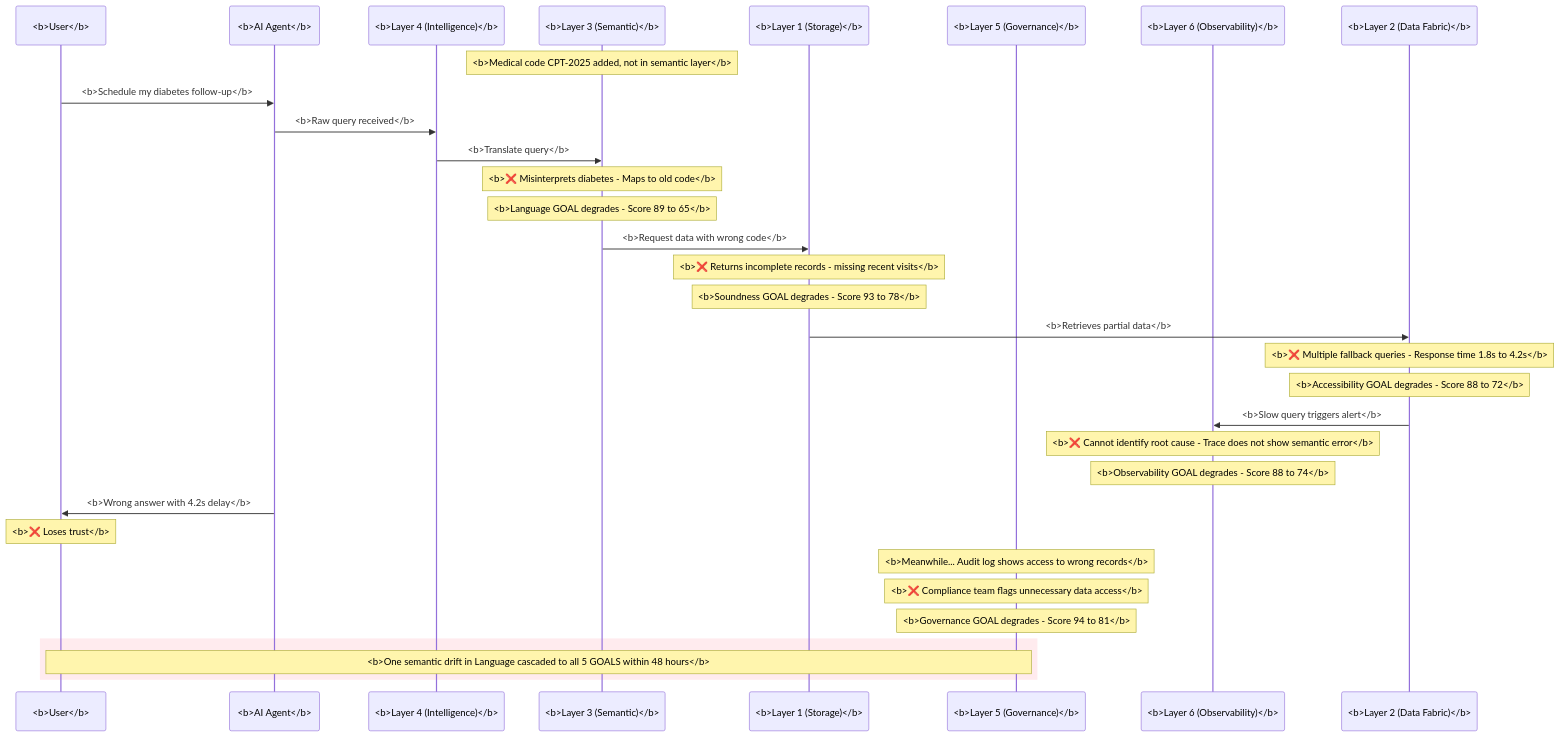
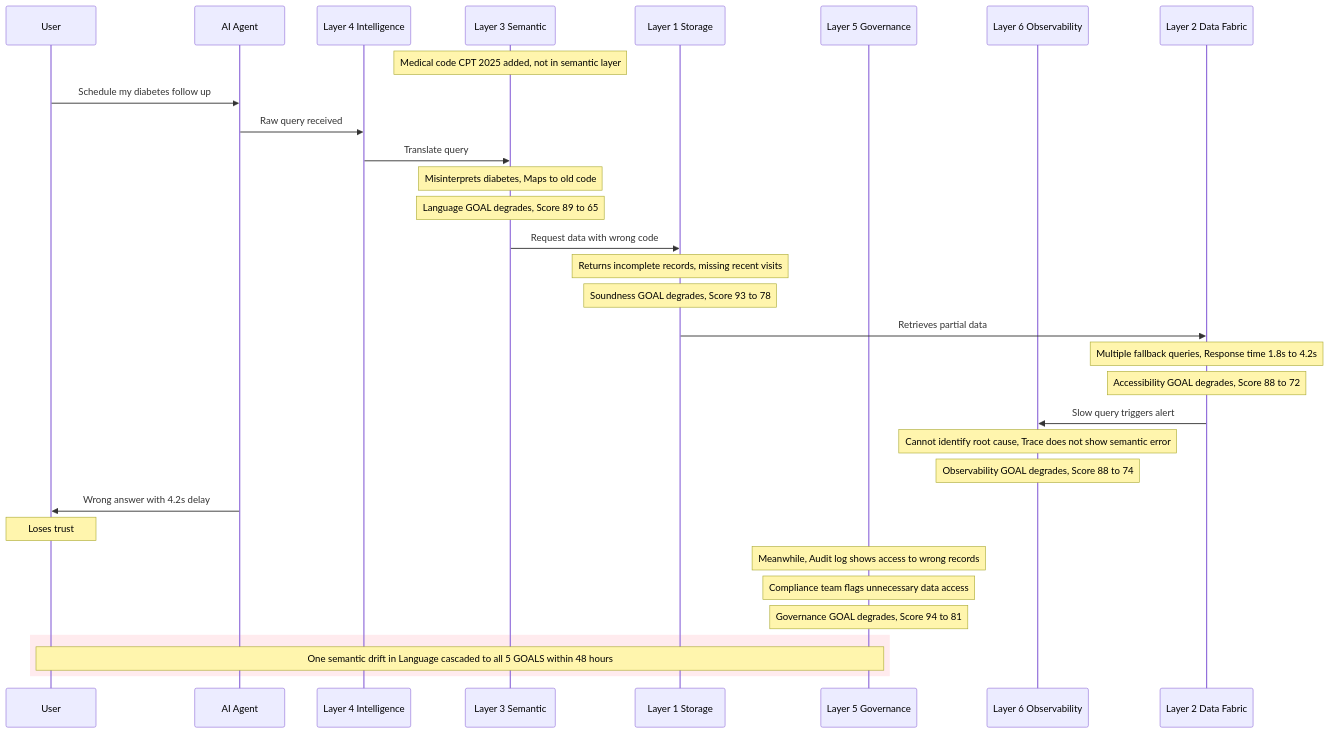
One commit to colaberry/enterprise-data-readiness-ai-agents changed the tenth of 11 diagrams in chapter-02/chapter_2_complete.md. Above: the diagram before and after it, drawn with Mermaid. The commit also changed other lines of this file, not shown here.

Commit message:
diagram 10 fixed
diagram 10 fixed

````diff
--- a/chapter-02/chapter_2_complete.md
+++ b/chapter-02/chapter_2_complete.md
@@ -1548,42 +1548,42 @@
 ```mermaid
 sequenceDiagram
-    participant U as <b>User</b>
-    participant Agent as <b>AI Agent</b>
-    participant L4 as <b>Layer 4 (Intelligence)</b>
-    participant L3 as <b>Layer 3 (Semantic)</b>
-    participant L1 as <b>Layer 1 (Storage)</b>
-    participant L5 as <b>Layer 5 (Governance)</b>
-    participant L6 as <b>Layer 6 (Observability)</b>
-    participant L2 as <b>Layer 2 (Data Fabric)</b>
+    participant U as User
+    participant Agent as AI Agent
+    participant L4 as Layer 4 Intelligence
+    participant L3 as Layer 3 Semantic
+    participant L1 as Layer 1 Storage
+    participant L5 as Layer 5 Governance
+    participant L6 as Layer 6 Observability
+    participant L2 as Layer 2 Data Fabric
     
-    Note over L3: <b>Medical code CPT-2025 added, not in semantic layer</b>
+    Note over L3: Medical code CPT 2025 added, not in semantic layer
     
-    U->>Agent: <b>Schedule my diabetes follow-up</b>
-    Agent->>L4: <b>Raw query received</b>
-    L4->>L3: <b>Translate query</b>
-    Note over L3: <b>❌ Misinterprets diabetes - Maps to old code</b>
-    Note over L3: <b>Language GOAL degrades - Score 89 to 65</b>
+    U->>Agent: Schedule my diabetes follow up
+    Agent->>L4: Raw query received
+    L4->>L3: Translate query
+    Note over L3: Misinterprets diabetes, Maps to old code
+    Note over L3: Language GOAL degrades, Score 89 to 65
     
-    L3->>L1: <b>Request data with wrong code</b>
-    Note over L1: <b>❌ Returns incomplete records - missing recent visits</b>
-    Note over L1: <b>Soundness GOAL degrades - Score 93 to 78</b>
+    L3->>L1: Request data with wrong code
+    Note over L1: Returns incomplete records, missing recent visits
+    Note over L1: Soundness GOAL degrades, Score 93 to 78
     
-    L1->>L2: <b>Retrieves partial data</b>
-    Note over L2: <b>❌ Multiple fallback queries - Response time 1.8s to 4.2s</b>
-    Note over L2: <b>Accessibility GOAL degrades - Score 88 to 72</b>
+    L1->>L2: Retrieves partial data
+    Note over L2: Multiple fallback queries, Response time 1.8s to 4.2s
+    Note over L2: Accessibility GOAL degrades, Score 88 to 72
     
-    L2->>L6: <b>Slow query triggers alert</b>
-    Note over L6: <b>❌ Cannot identify root cause - Trace does not show semantic error</b>
-    Note over L6: <b>Observability GOAL degrades - Score 88 to 74</b>
+    L2->>L6: Slow query triggers alert
+    Note over L6: Cannot identify root cause, Trace does not show semantic error
+    Note over L6: Observability GOAL degrades, Score 88 to 74
     
-    Agent->>U: <b>Wrong answer with 4.2s delay</b>
-    Note over U: <b>❌ Loses trust</b>
+    Agent->>U: Wrong answer with 4.2s delay
+    Note over U: Loses trust
     
-    Note over L5: <b>Meanwhile... Audit log shows access to wrong records</b>
-    Note over L5: <b>❌ Compliance team flags unnecessary data access</b>
-    Note over L5: <b>Governance GOAL degrades - Score 94 to 81</b>
+    Note over L5: Meanwhile, Audit log shows access to wrong records
+    Note over L5: Compliance team flags unnecessary data access
+    Note over L5: Governance GOAL degrades, Score 94 to 81
     
     rect rgb(255, 235, 238)
-        Note over U,L5: <b>One semantic drift in Language cascaded to all 5 GOALS within 48 hours</b>
+        Note over U,L5: One semantic drift in Language cascaded to all 5 GOALS within 48 hours
     end
 ```
````
